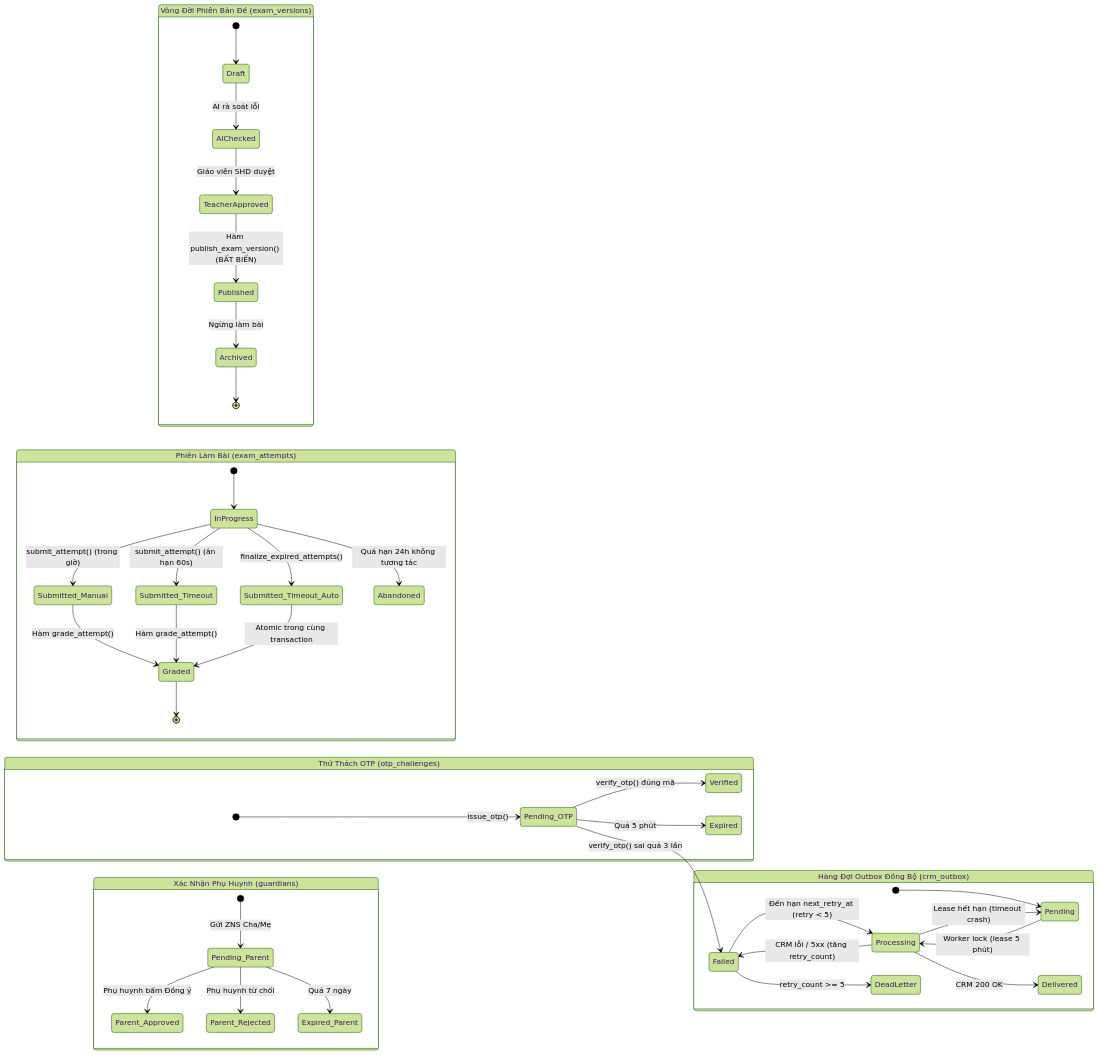
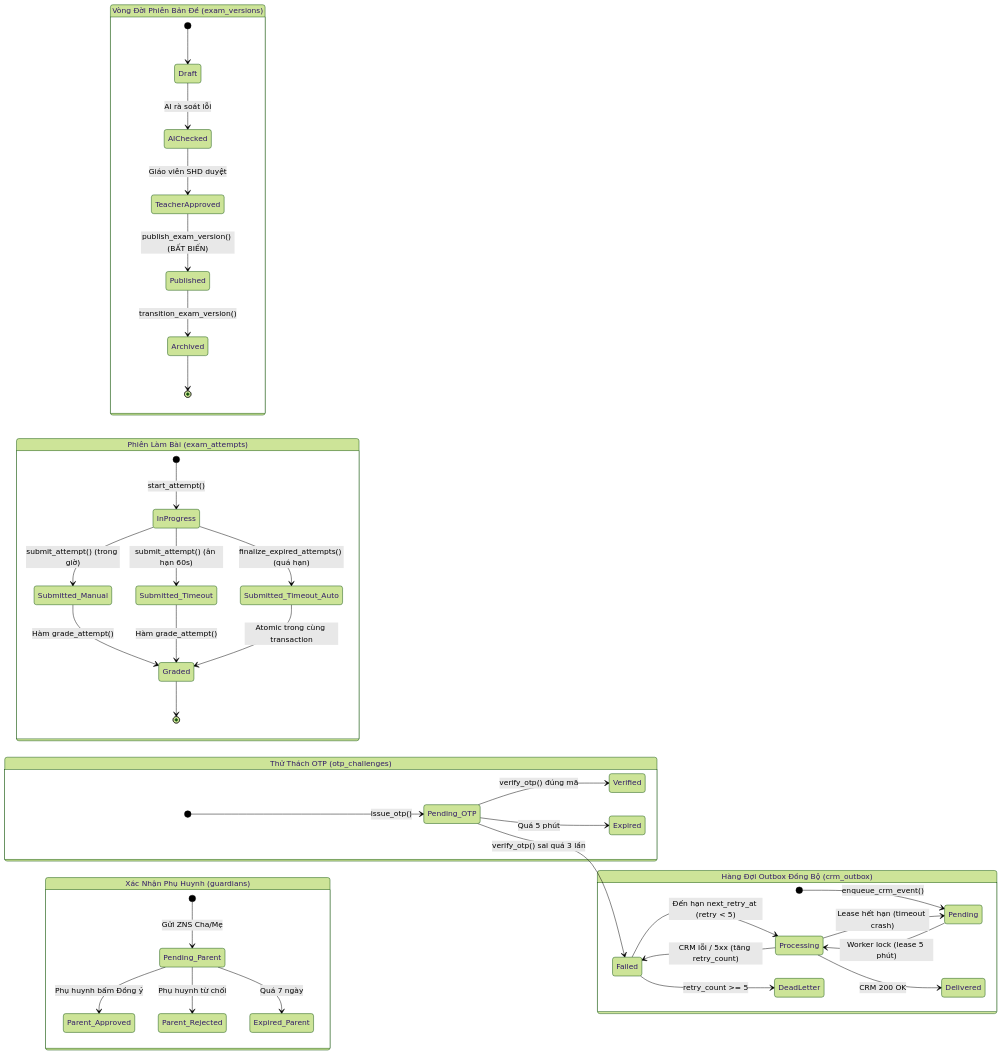
The sixth of 6 diagrams in docs/architecture/02-data-model.md (hoangthanhpro97/shd-tuhoctiengduc), drawn with Mermaid (forest theme) before and after one commit. The commit also changed other lines of this file, not shown here.

Commit message:
docs(architecture): upgrade data model to v1.4 with zero-direct-write, staff api role, and trust model

````diff
--- a/docs/architecture/02-data-model.md
+++ b/docs/architecture/02-data-model.md
@@ -885,49 +890,48 @@
 ```mermaid
 stateDiagram-v2
     direction LR
 
     state "Vòng Đời Phiên Bản Đề (exam_versions)" as SM_Exam {
         [*] --> Draft
         Draft --> AIChecked : AI rà soát lỗi
         AIChecked --> TeacherApproved : Giáo viên SHD duyệt
-        TeacherApproved --> Published : Hàm publish_exam_version() (BẤT BIẾN)
-        Published --> Archived : Ngừng làm bài
+        TeacherApproved --> Published : publish_exam_version() (BẤT BIẾN)
+        Published --> Archived : transition_exam_version()
         Archived --> [*]
     }
 
     state "Phiên Làm Bài (exam_attempts)" as SM_Attempt {
-        [*] --> InProgress
+        [*] --> InProgress : start_attempt()
         InProgress --> Submitted_Manual : submit_attempt() (trong giờ)
         InProgress --> Submitted_Timeout : submit_attempt() (ân hạn 60s)
-        InProgress --> Submitted_Timeout_Auto : finalize_expired_attempts()
-        InProgress --> Abandoned : Quá hạn 24h không tương tác
+        InProgress --> Submitted_Timeout_Auto : finalize_expired_attempts() (quá hạn)
         Submitted_Manual --> Graded : Hàm grade_attempt()
         Submitted_Timeout --> Graded : Hàm grade_attempt()
         Submitted_Timeout_Auto --> Graded : Atomic trong cùng transaction
         Graded --> [*]
     }
 
     state "Thử Thách OTP (otp_challenges)" as SM_OTP {
         [*] --> Pending_OTP : issue_otp()
         Pending_OTP --> Verified : verify_otp() đúng mã
         Pending_OTP --> Expired : Quá 5 phút
         Pending_OTP --> Failed : verify_otp() sai quá 3 lần
     }
 
     state "Xác Nhận Phụ Huynh (guardians)" as SM_Guardian {
         [*] --> Pending_Parent : Gửi ZNS Cha/Mẹ
         Pending_Parent --> Parent_Approved : Phụ huynh bấm Đồng ý
         Pending_Parent --> Parent_Rejected : Phụ huynh từ chối
         Pending_Parent --> Expired_Parent : Quá 7 ngày
     }
 
     state "Hàng Đợi Outbox Đồng Bộ (crm_outbox)" as SM_Outbox {
-        [*] --> Pending
+        [*] --> Pending : enqueue_crm_event()
         Pending --> Processing : Worker lock (lease 5 phút)
         Processing --> Delivered : CRM 200 OK
         Processing --> Pending : Lease hết hạn (timeout crash)
         Processing --> Failed : CRM lỗi / 5xx (tăng retry_count)
         Failed --> Processing : Đến hạn next_retry_at (retry < 5)
         Failed --> DeadLetter : retry_count >= 5
     }
 ```
````
